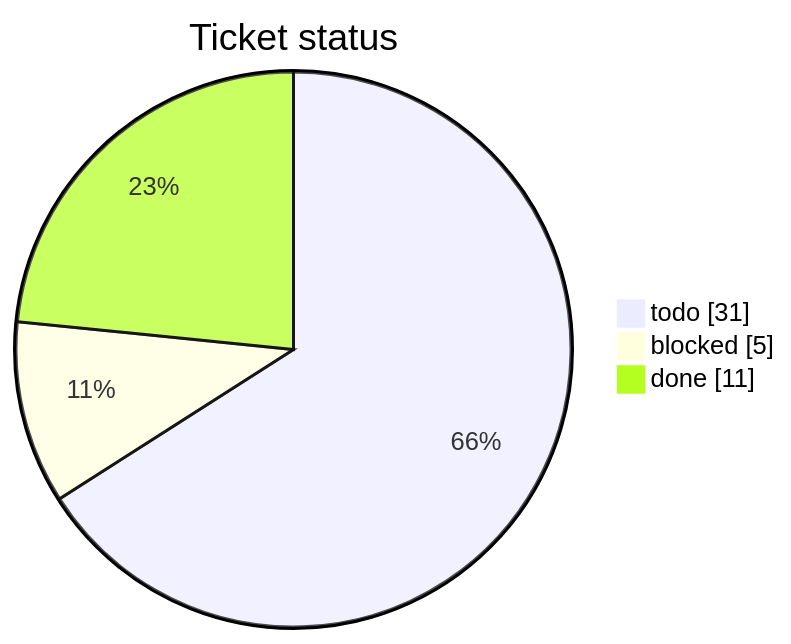
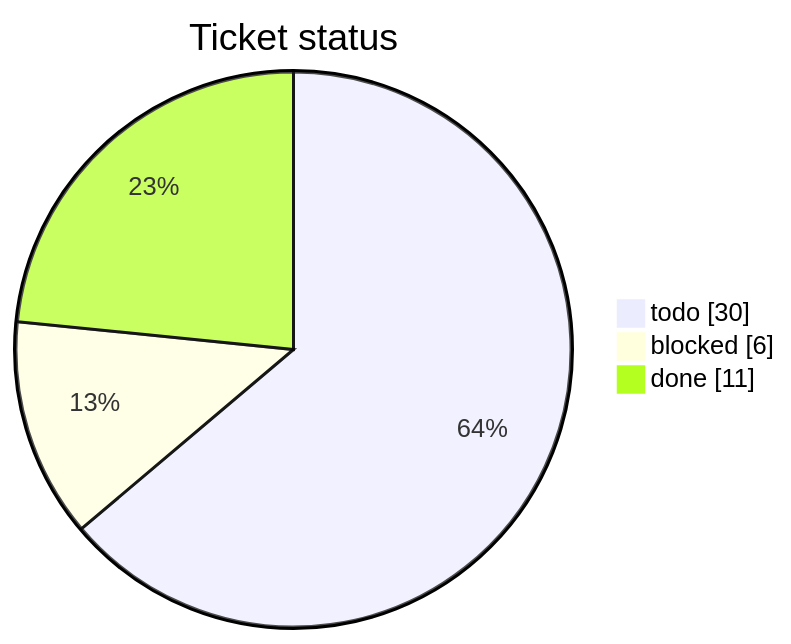
The first of 3 diagrams in tickets/TICKETS.md (mohamed-soubhi/bootlab-esp), drawn with Mermaid before and after one commit. The commit also changed other lines of this file and 8 other files, not shown here.

````diff
--- a/tickets/TICKETS.md
+++ b/tickets/TICKETS.md
@@ -10,6 +10,6 @@
 ```mermaid
 pie showData title Ticket status
-    "todo" : 31
-    "blocked" : 5
+    "todo" : 30
+    "blocked" : 6
     "done" : 11
 ```
````
